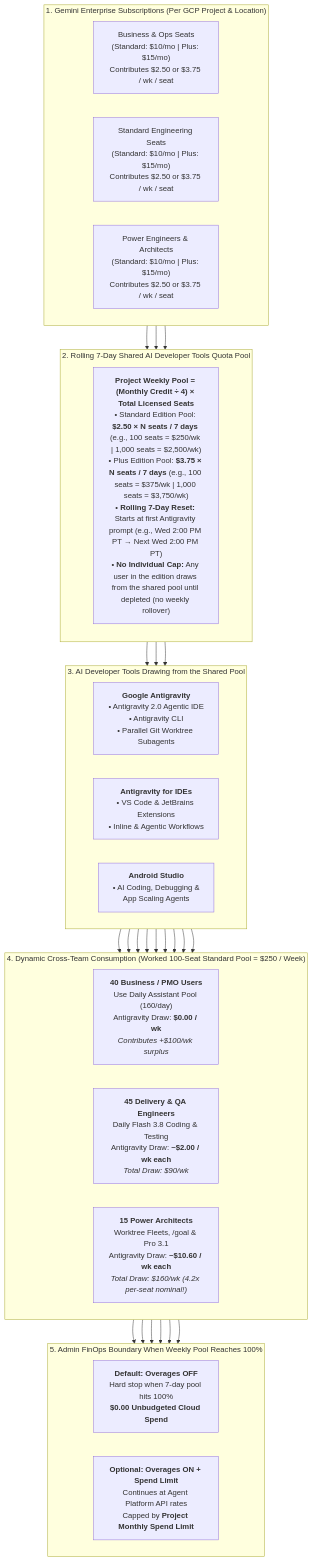
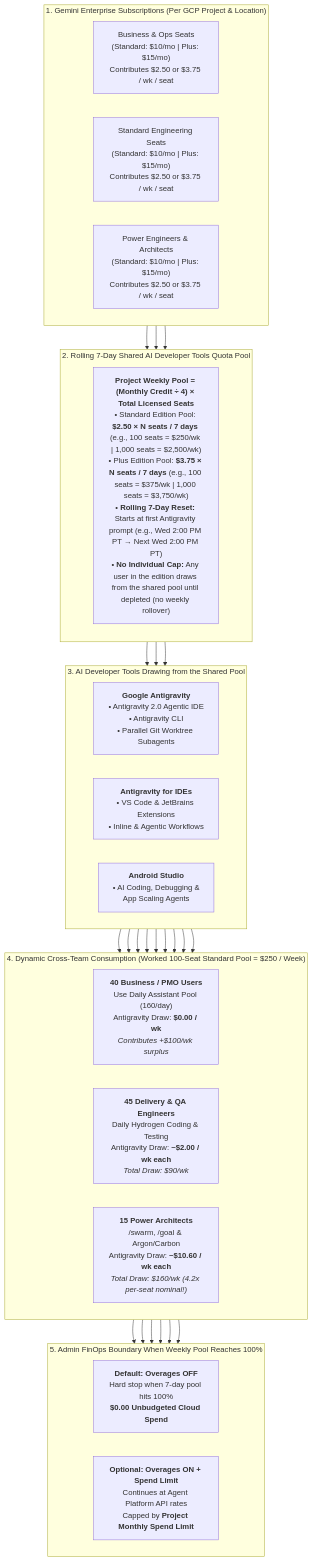
One commit to cmanikandan/antigravity-enterprise-blueprint changed the diagram in docs/03_antigravity_gemini_enterprise_value_proposition.md. Above: the diagram before and after it, drawn with Mermaid. The commit also changed other lines of this file and 45 other files, not shown here.

````diff
--- a/docs/03_antigravity_gemini_enterprise_value_proposition.md
+++ b/docs/03_antigravity_gemini_enterprise_value_proposition.md
@@ -31,39 +36,39 @@
 ```mermaid
 flowchart TB
     subgraph LIC["1. Gemini Enterprise Subscriptions (Per GCP Project & Location)"]
         direction LR
         S1["Business & Ops Seats<br/>(Standard: $10/mo | Plus: $15/mo)<br/>Contributes $2.50 or $3.75 / wk / seat"]
         S2["Standard Engineering Seats<br/>(Standard: $10/mo | Plus: $15/mo)<br/>Contributes $2.50 or $3.75 / wk / seat"]
         S3["Power Engineers & Architects<br/>(Standard: $10/mo | Plus: $15/mo)<br/>Contributes $2.50 or $3.75 / wk / seat"]
     end
 
     subgraph POOL["2. Rolling 7-Day Shared AI Developer Tools Quota Pool"]
         direction TB
         FORMULA["<b>Project Weekly Pool = (Monthly Credit ÷ 4) × Total Licensed Seats</b><br/>• Standard Edition Pool: <b>$2.50 × N seats / 7 days</b> (e.g., 100 seats = $250/wk | 1,000 seats = $2,500/wk)<br/>• Plus Edition Pool: <b>$3.75 × N seats / 7 days</b> (e.g., 100 seats = $375/wk | 1,000 seats = $3,750/wk)<br/>• <b>Rolling 7-Day Reset:</b> Starts at first Antigravity prompt (e.g., Wed 2:00 PM PT → Next Wed 2:00 PM PT)<br/>• <b>No Individual Cap:</b> Any user in the edition draws from the shared pool until depleted (no weekly rollover)"]
     end
 
     subgraph TOOLS["3. AI Developer Tools Drawing from the Shared Pool"]
         direction LR
         T1["<b>Google Antigravity</b><br/>• Antigravity 2.0 Agentic IDE<br/>• Antigravity CLI<br/>• Parallel Git Worktree Subagents"]
         T2["<b>Antigravity for IDEs</b><br/>• VS Code & JetBrains Extensions<br/>• Inline & Agentic Workflows"]
         T3["<b>Android Studio</b><br/>• AI Coding, Debugging &<br/>  App Scaling Agents"]
     end
 
     subgraph DRAW["4. Dynamic Cross-Team Consumption (Worked 100-Seat Standard Pool = $250 / Week)"]
         direction LR
         U1["<b>40 Business / PMO Users</b><br/>Use Daily Assistant Pool (160/day)<br/>Antigravity Draw: <b>$0.00 / wk</b><br/><i>Contributes +$100/wk surplus</i>"]
-        U2["<b>45 Delivery & QA Engineers</b><br/>Daily Flash 3.8 Coding & Testing<br/>Antigravity Draw: <b>~$2.00 / wk each</b><br/><i>Total Draw: $90/wk</i>"]
-        U3["<b>15 Power Architects</b><br/>Worktree Fleets, /goal & Pro 3.1<br/>Antigravity Draw: <b>~$10.60 / wk each</b><br/><i>Total Draw: $160/wk (4.2x per-seat nominal!)</i>"]
+        U2["<b>45 Delivery & QA Engineers</b><br/>Daily Hydrogen Coding & Testing<br/>Antigravity Draw: <b>~$2.00 / wk each</b><br/><i>Total Draw: $90/wk</i>"]
+        U3["<b>15 Power Architects</b><br/>/swarm, /goal & Argon/Carbon<br/>Antigravity Draw: <b>~$10.60 / wk each</b><br/><i>Total Draw: $160/wk (4.2x per-seat nominal!)</i>"]
     end
 
     subgraph GATE["5. Admin FinOps Boundary When Weekly Pool Reaches 100%"]
         direction LR
         G1["<b>Default: Overages OFF</b><br/>Hard stop when 7-day pool hits 100%<br/><b>$0.00 Unbudgeted Cloud Spend</b>"]
         G2["<b>Optional: Overages ON + Spend Limit</b><br/>Continues at Agent Platform API rates<br/>Capped by <b>Project Monthly Spend Limit</b>"]
     end
 
     S1 & S2 & S3 --> POOL
     POOL --> T1 & T2 & T3
     T1 & T2 & T3 --> U1 & U2 & U3
     U1 & U2 & U3 --> G1 & G2
 ```
````
